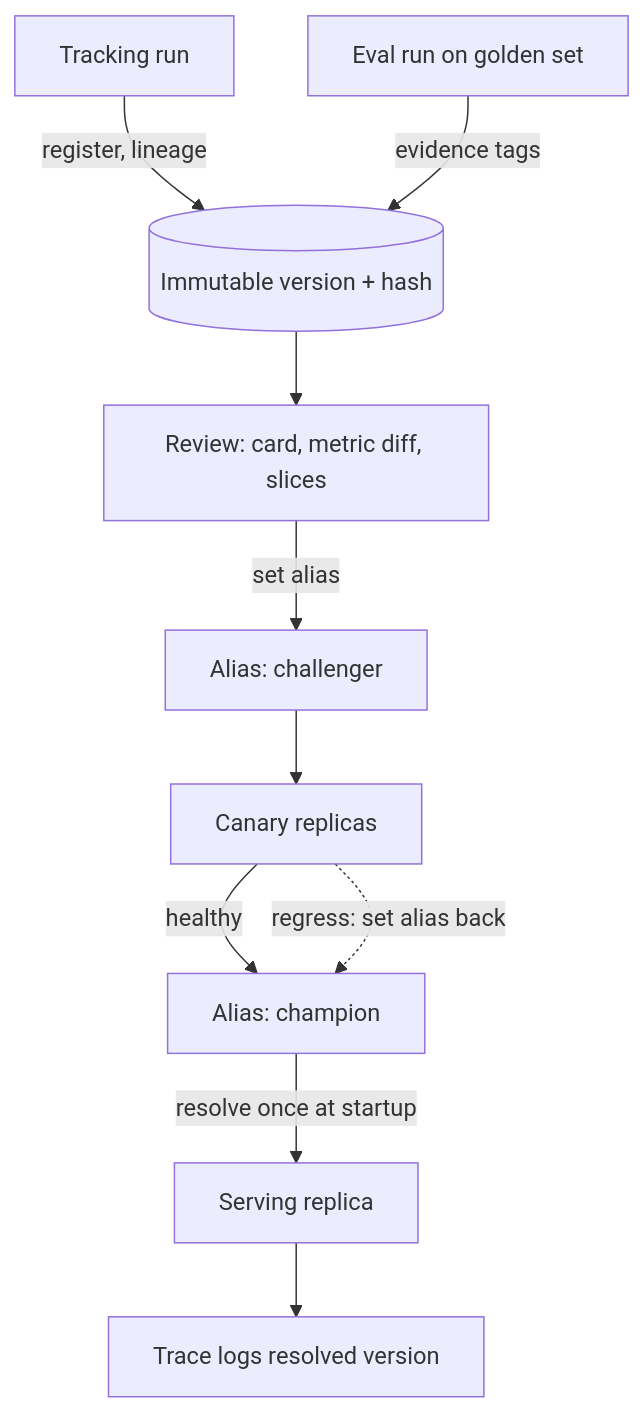
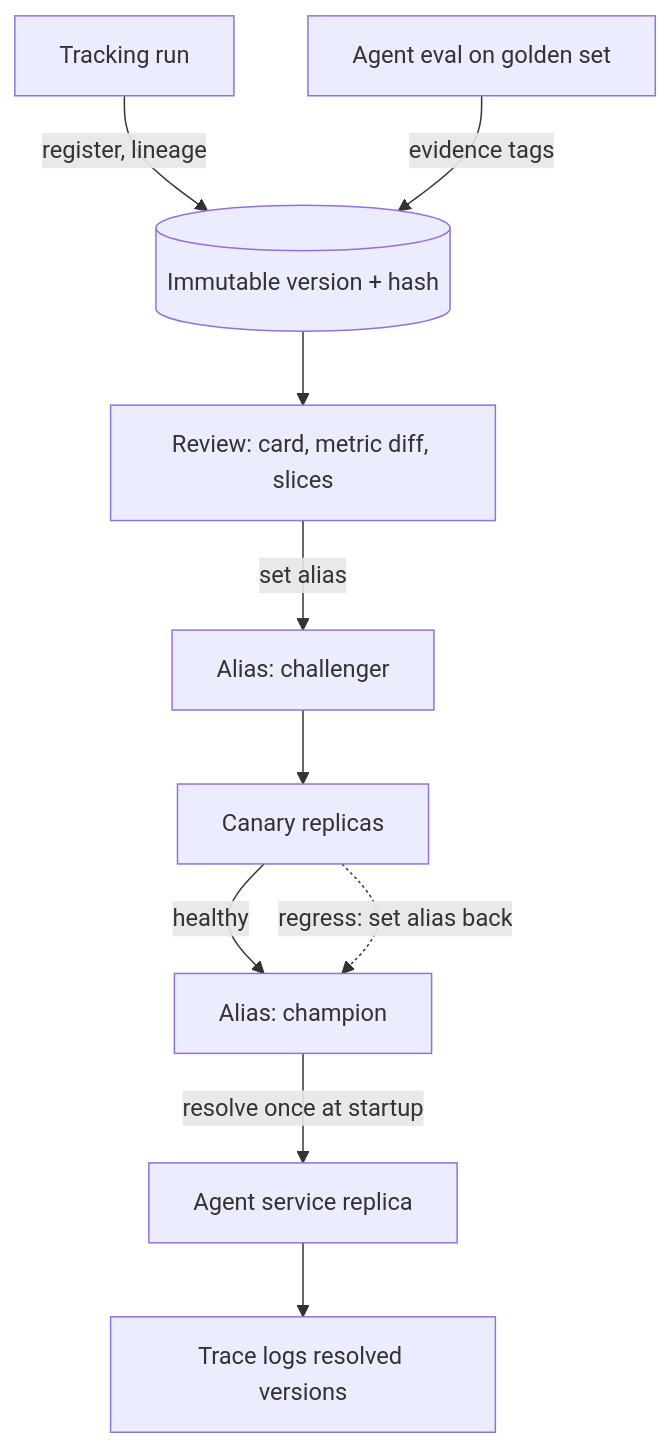
The diagram in content/llmops-platform/model-registry.md (lovishmahajan97/agentic-learning), drawn with Mermaid before and after one commit. The commit also changed other lines of this file and 485 other files, not shown here.

````diff
--- a/content/llmops-platform/model-registry.md
+++ b/content/llmops-platform/model-registry.md
@@ -119,12 +135,12 @@
 ```mermaid
 flowchart TD
     R["Tracking run"] -->|"register, lineage"| V[("Immutable version + hash")]
-    E["Eval run on golden set"] -->|"evidence tags"| V
+    E["Agent eval on golden set"] -->|"evidence tags"| V
     V --> RV["Review: card, metric diff, slices"]
     RV -->|"set alias"| CH["Alias: challenger"]
     CH --> K["Canary replicas"]
     K -->|"healthy"| CP["Alias: champion"]
-    CP -->|"resolve once at startup"| S["Serving replica"]
-    S --> T["Trace logs resolved version"]
+    CP -->|"resolve once at startup"| S["Agent service replica"]
+    S --> T["Trace logs resolved versions"]
     K -.->|"regress: set alias back"| CP
 ```
````
